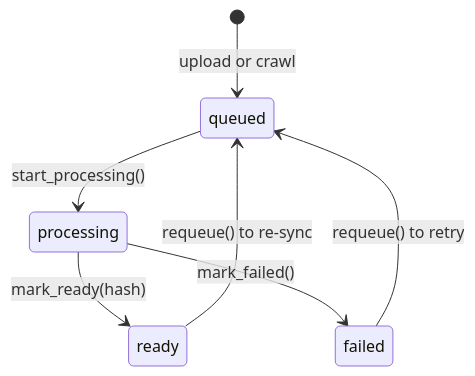
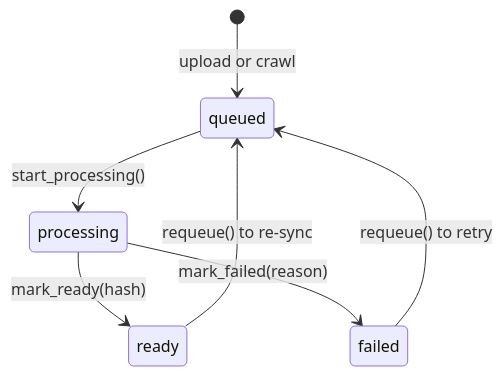
Diagram 16 of 27 in docs/REPO_STRUCTURE.md (md-sahil-analyst22/chatbot-platform), drawn with Mermaid before and after one commit. The commit also changed other lines of this file and 94 other files, not shown here.

````diff
--- a/docs/REPO_STRUCTURE.md
+++ b/docs/REPO_STRUCTURE.md
@@ -1516,9 +1526,9 @@
 ```mermaid
 stateDiagram-v2
     [*] --> queued : upload or crawl
     queued --> processing : start_processing()
     processing --> ready : mark_ready(hash)
-    processing --> failed : mark_failed()
+    processing --> failed : mark_failed(reason)
     ready --> queued : requeue() to re-sync
     failed --> queued : requeue() to retry
 ```
````
